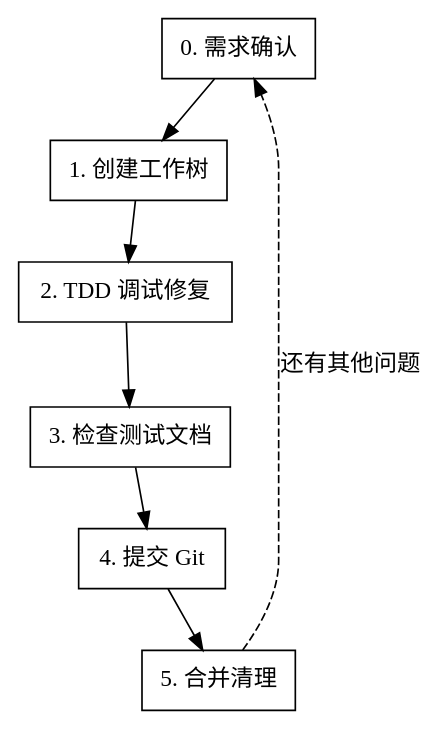
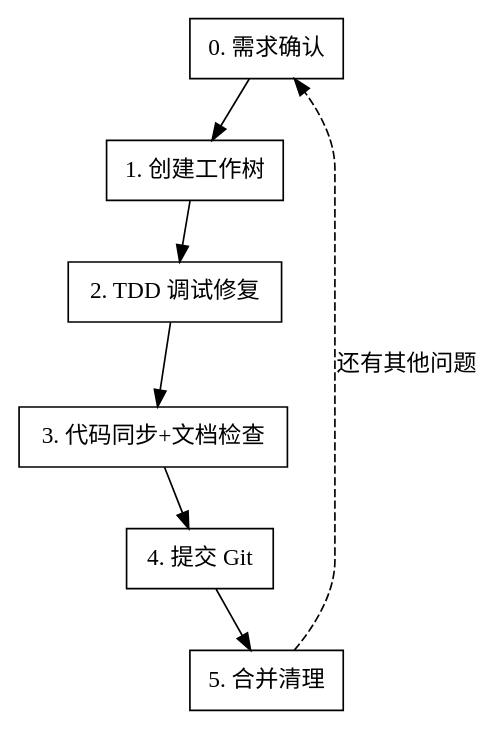
One commit to marcocpt/trae_skills changed the diagram in bug-fix-workflow/SKILL.md. Above: the diagram before and after it, drawn with Graphviz. The commit also changed other lines of this file and 2 other files, not shown here.

````diff
--- a/bug-fix-workflow/SKILL.md
+++ b/bug-fix-workflow/SKILL.md
@@ -22,12 +22,12 @@
 ```dot
 digraph bug_fix_workflow {
     rankdir=TB;
     node [shape=box];
     "0. 需求确认" -> "1. 创建工作树";
     "1. 创建工作树" -> "2. TDD 调试修复";
-    "2. TDD 调试修复" -> "3. 检查测试文档";
-    "3. 检查测试文档" -> "4. 提交 Git";
+    "2. TDD 调试修复" -> "3. 代码同步+文档检查";
+    "3. 代码同步+文档检查" -> "4. 提交 Git";
     "4. 提交 Git" -> "5. 合并清理";
     "5. 合并清理" -> "0. 需求确认" [label="还有其他问题", style=dashed];
 }
 ```
````
